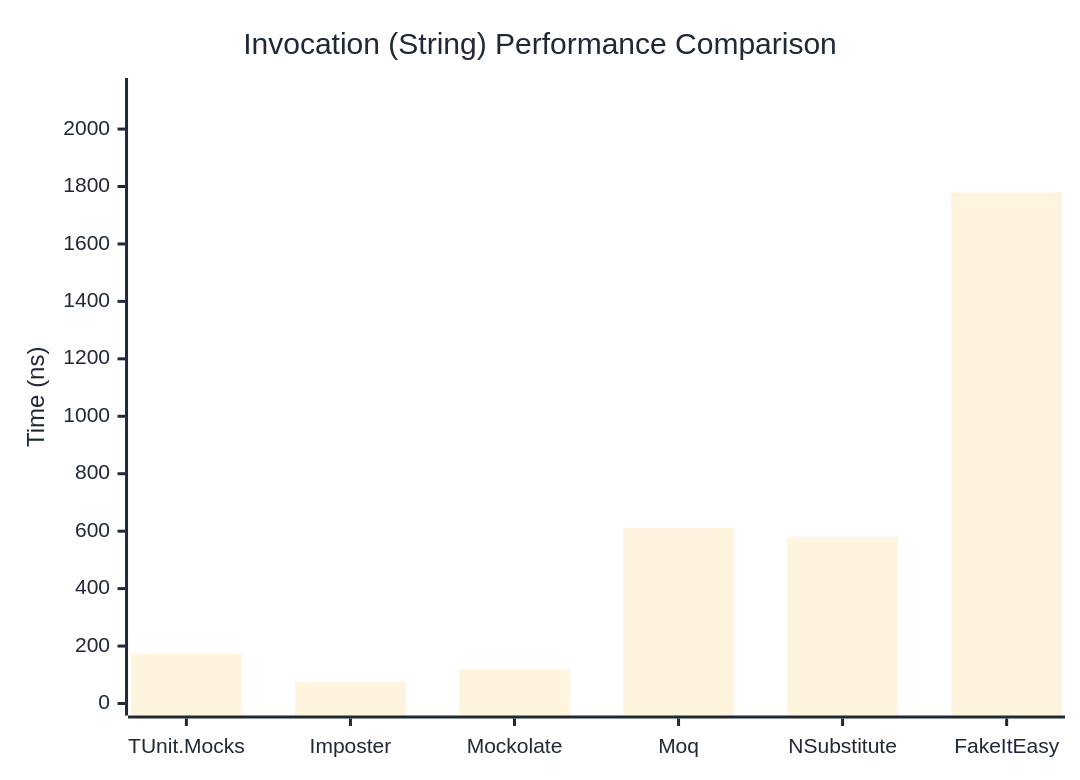
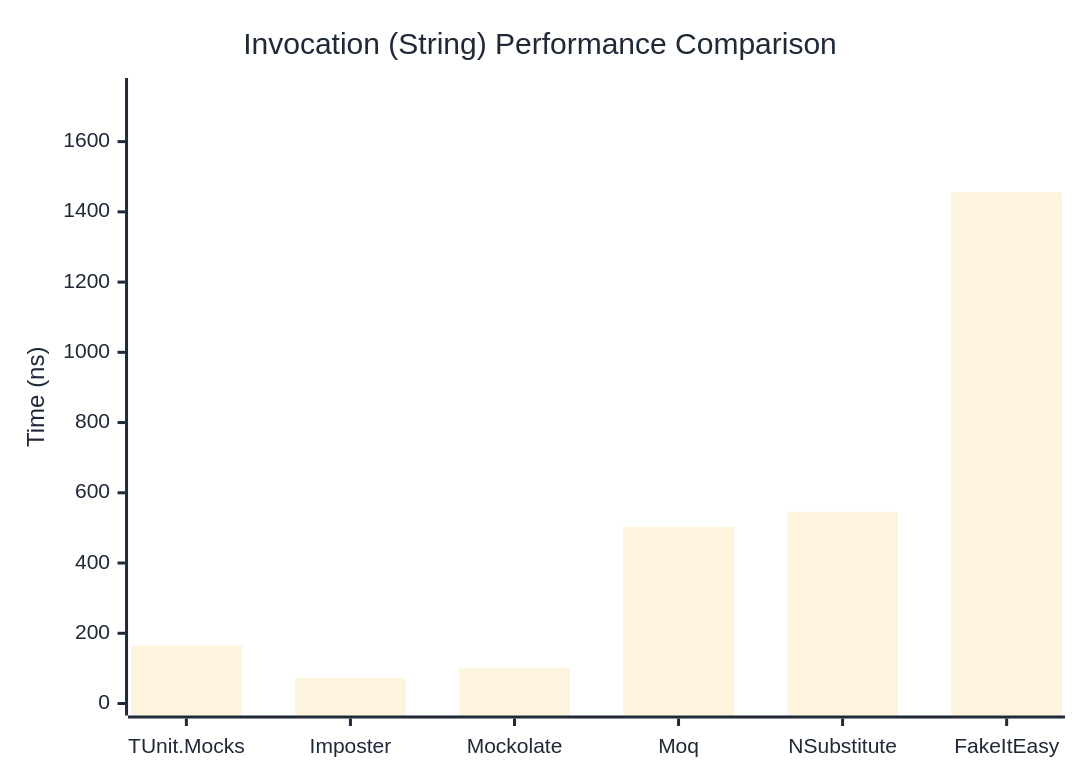
The second of 3 diagrams in docs/docs/benchmarks/mocks/Invocation.md (thomhurst/TUnit), drawn with Mermaid before and after one commit. The commit also changed other lines of this file and 14 other files, not shown here.

````diff
--- a/docs/docs/benchmarks/mocks/Invocation.md
+++ b/docs/docs/benchmarks/mocks/Invocation.md
@@ -71,27 +71,27 @@
 ```mermaid
 %%{init: {
   'theme':'base',
   'themeVariables': {
     'primaryColor': '#2563eb',
     'primaryTextColor': '#1f2937',
     'primaryBorderColor': '#1e40af',
     'lineColor': '#6b7280',
     'secondaryColor': '#7c3aed',
     'tertiaryColor': '#dc2626',
     'background': '#ffffff',
     'pie1': '#2563eb',
     'pie2': '#7c3aed',
     'pie3': '#dc2626',
     'pie4': '#f59e0b',
     'pie5': '#10b981',
     'pie6': '#06b6d4',
     'pie7': '#ec4899',
     'pie8': '#6366f1'
   }
 }}%%
 xychart-beta
   title "Invocation (String) Performance Comparison"
   x-axis ["TUnit.Mocks", "Imposter", "Mockolate", "Moq", "NSubstitute", "FakeItEasy"]
-  y-axis "Time (ns)" 0 --> 2136
-  bar [172.93, 76.2, 120.23, 611.61, 580.59, 1779.42]
+  y-axis "Time (ns)" 0 --> 1747
+  bar [164.9, 72.28, 100.12, 503.01, 545.92, 1455.63]
 ```
````
